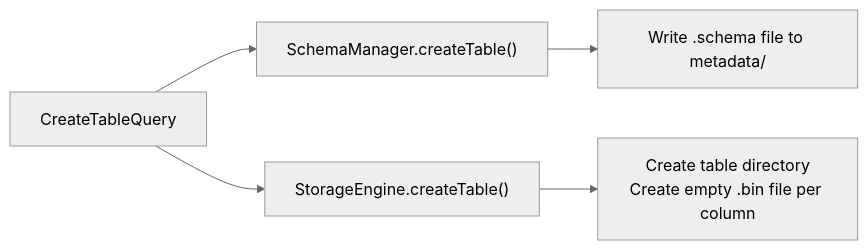
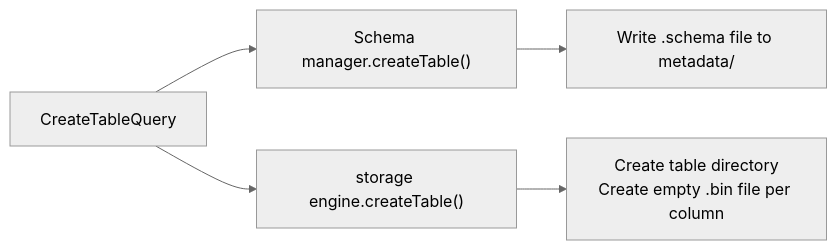
Before and after one commit to JILSPATEL/Column-Store-Data-Storage-System: the sixth of 9 diagrams in README.md, drawn with Mermaid (neutral theme). The commit also changed other lines of this file and 56 other files, not shown here.

````diff
--- a/README.md
+++ b/README.md
@@ -573,7 +552,7 @@
 ```mermaid
 flowchart LR
-    A["CreateTableQuery"] --> B["SchemaManager.createTable()"]
+    A["CreateTableQuery"] --> B["Schema manager.createTable()"]
     B --> C["Write .schema file to metadata/"]
-    A --> D["StorageEngine.createTable()"]
+    A --> D["storage engine.createTable()"]
     D --> E["Create table directory\nCreate empty .bin file per column"]
 ```
````
